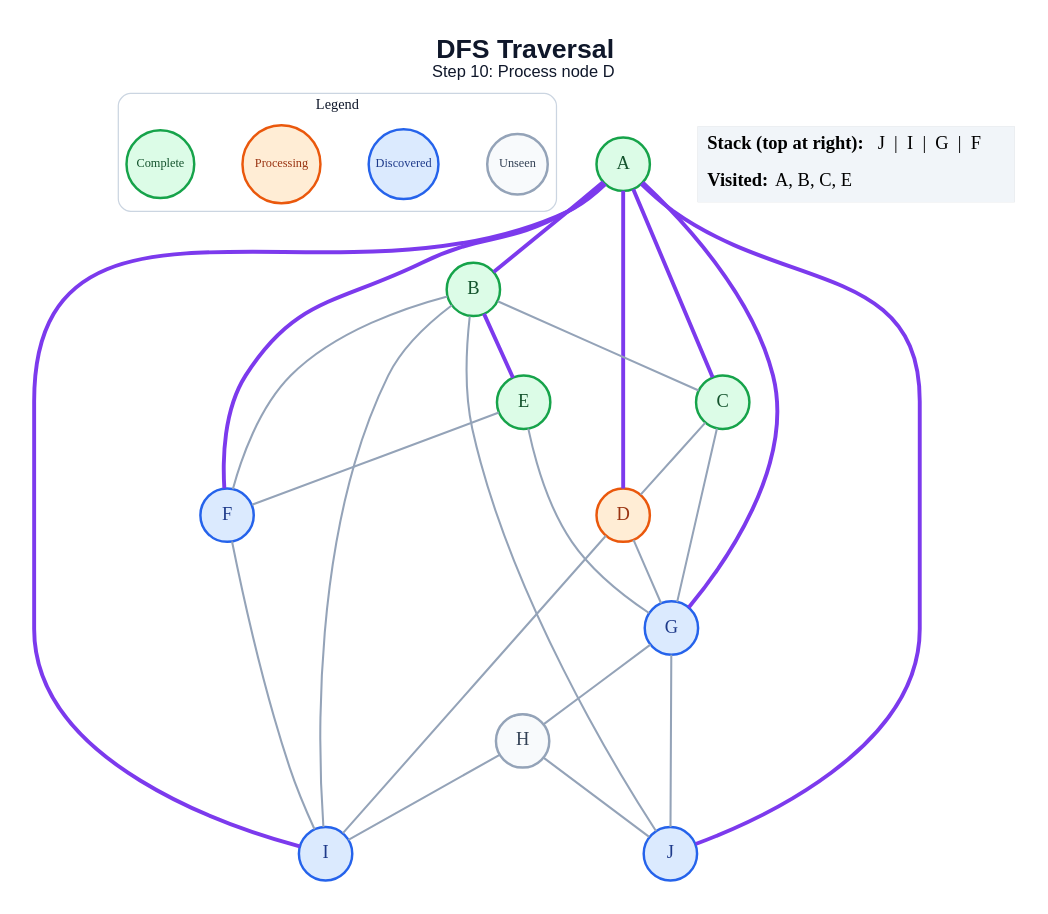
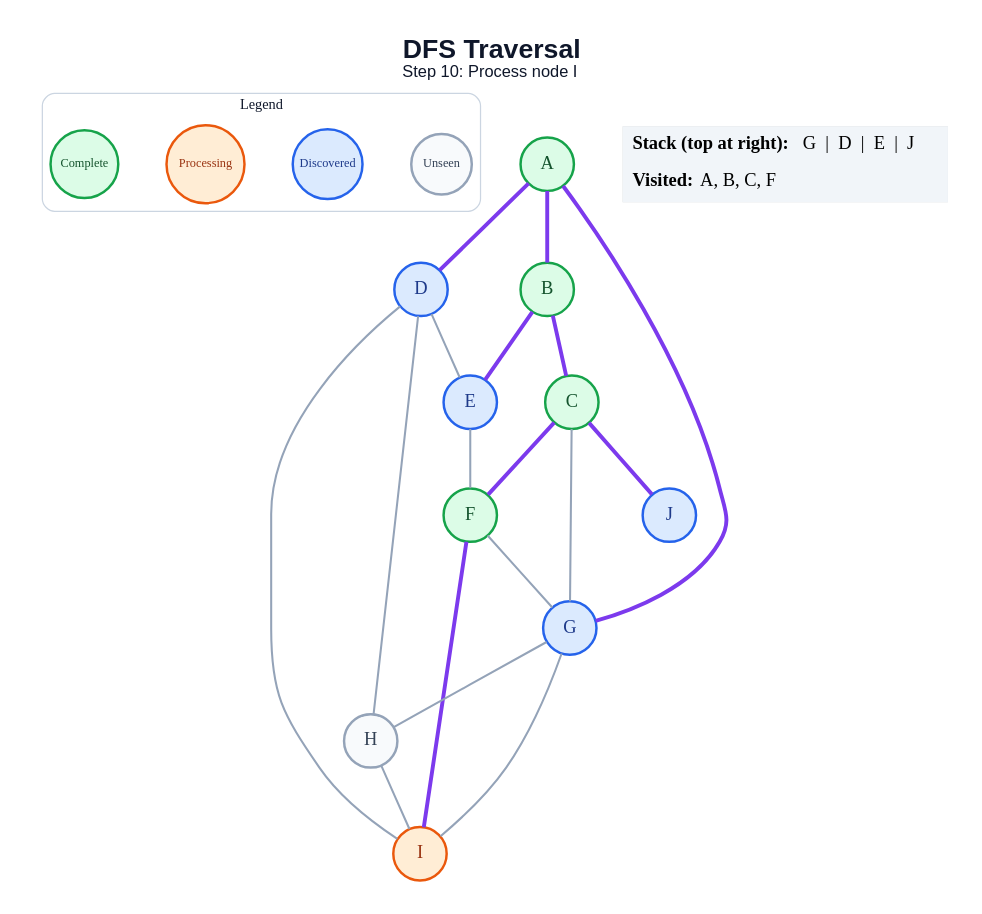
One commit to anon7238593-create/ai-slop changed the diagram in generated/dfs/step_10.dot. Above: the diagram before and after it, drawn with Graphviz. The commit also changed 178 other files, not shown here.

```diff
--- a/generated/dfs/step_10.dot
+++ b/generated/dfs/step_10.dot
@@ -1,52 +1,46 @@
 graph traversal {
   graph [layout=dot, rankdir=TB, bgcolor="#FFFFFF", pad="0.35", nodesep="0.65", ranksep="0.8", fontname="Arial"];
   node [shape=circle, style="filled", fontname="Arial Bold", fontsize=18, width=0.72, fixedsize=true, penwidth=2.4];
   edge [color="#94A3B8", penwidth=2.0];
-  label=<<B>DFS Traversal</B><BR/><FONT POINT-SIZE="16">Step 10: Process node D</FONT>>; labelloc="t"; fontsize=26; fontname="Arial"; fontcolor="#0F172A";
+  label=<<B>DFS Traversal</B><BR/><FONT POINT-SIZE="16">Step 10: Process node I</FONT>>; labelloc="t"; fontsize=26; fontname="Arial"; fontcolor="#0F172A";
   subgraph cluster_legend { label="Legend"; color="#CBD5E1"; penwidth=1.2; style="rounded"; fontsize=14; fontname="Arial Bold";
     key_unseen [label="Unseen", fillcolor="#F8FAFC", color="#94A3B8", fontcolor="#334155", fontsize=12, width=0.82];
     key_frontier [label="Discovered", fillcolor="#DBEAFE", color="#2563EB", fontcolor="#1E3A8A", fontsize=12, width=0.95];
     key_current [label="Processing", fillcolor="#FFEDD5", color="#EA580C", fontcolor="#9A3412", fontsize=12, width=1.05];
     key_done [label="Complete", fillcolor="#DCFCE7", color="#16A34A", fontcolor="#14532D", fontsize=12, width=0.92];
     { rank=same; key_unseen; key_frontier; key_current; key_done; }
   }
   A [fillcolor="#DCFCE7", color="#16A34A", fontcolor="#14532D"];
   B [fillcolor="#DCFCE7", color="#16A34A", fontcolor="#14532D"];
   C [fillcolor="#DCFCE7", color="#16A34A", fontcolor="#14532D"];
-  D [fillcolor="#FFEDD5", color="#EA580C", fontcolor="#9A3412"];
-  E [fillcolor="#DCFCE7", color="#16A34A", fontcolor="#14532D"];
-  F [fillcolor="#DBEAFE", color="#2563EB", fontcolor="#1E3A8A"];
+  D [fillcolor="#DBEAFE", color="#2563EB", fontcolor="#1E3A8A"];
+  E [fillcolor="#DBEAFE", color="#2563EB", fontcolor="#1E3A8A"];
+  F [fillcolor="#DCFCE7", color="#16A34A", fontcolor="#14532D"];
   G [fillcolor="#DBEAFE", color="#2563EB", fontcolor="#1E3A8A"];
   H [fillcolor="#F8FAFC", color="#94A3B8", fontcolor="#334155"];
-  I [fillcolor="#DBEAFE", color="#2563EB", fontcolor="#1E3A8A"];
+  I [fillcolor="#FFEDD5", color="#EA580C", fontcolor="#9A3412"];
   J [fillcolor="#DBEAFE", color="#2563EB", fontcolor="#1E3A8A"];
   A -- B [color="#7C3AED", penwidth=3.8];
-  A -- C [color="#7C3AED", penwidth=3.8];
   A -- D [color="#7C3AED", penwidth=3.8];
-  A -- F [color="#7C3AED", penwidth=3.8];
   A -- G [color="#7C3AED", penwidth=3.8];
-  A -- I [color="#7C3AED", penwidth=3.8];
-  A -- J [color="#7C3AED", penwidth=3.8];
-  B -- C;
+  B -- C [color="#7C3AED", penwidth=3.8];
   B -- E [color="#7C3AED", penwidth=3.8];
-  B -- F;
-  B -- I;
-  B -- J;
-  C -- D;
+  C -- F [color="#7C3AED", penwidth=3.8];
   C -- G;
-  D -- G;
+  C -- J [color="#7C3AED", penwidth=3.8];
+  D -- E;
+  D -- H;
   D -- I;
   E -- F;
-  E -- G;
-  F -- I;
+  F -- G;
+  F -- I [color="#7C3AED", penwidth=3.8];
   G -- H;
-  G -- J;
+  G -- I;
   H -- I;
-  H -- J;
   status [shape=plain, fixedsize=false, width=0, height=0, margin=0, label=<
     <TABLE BORDER="0" CELLBORDER="0" CELLPADDING="7" BGCOLOR="#F1F5F9">
-      <TR><TD ALIGN="LEFT"><B>Stack (top at right):</B> J  |  I  |  G  |  F</TD></TR>
-      <TR><TD ALIGN="LEFT"><B>Visited:</B> A, B, C, E</TD></TR>
+      <TR><TD ALIGN="LEFT"><B>Stack (top at right):</B> G  |  D  |  E  |  J</TD></TR>
+      <TR><TD ALIGN="LEFT"><B>Visited:</B> A, B, C, F</TD></TR>
     </TABLE>
   >];
 }
```
